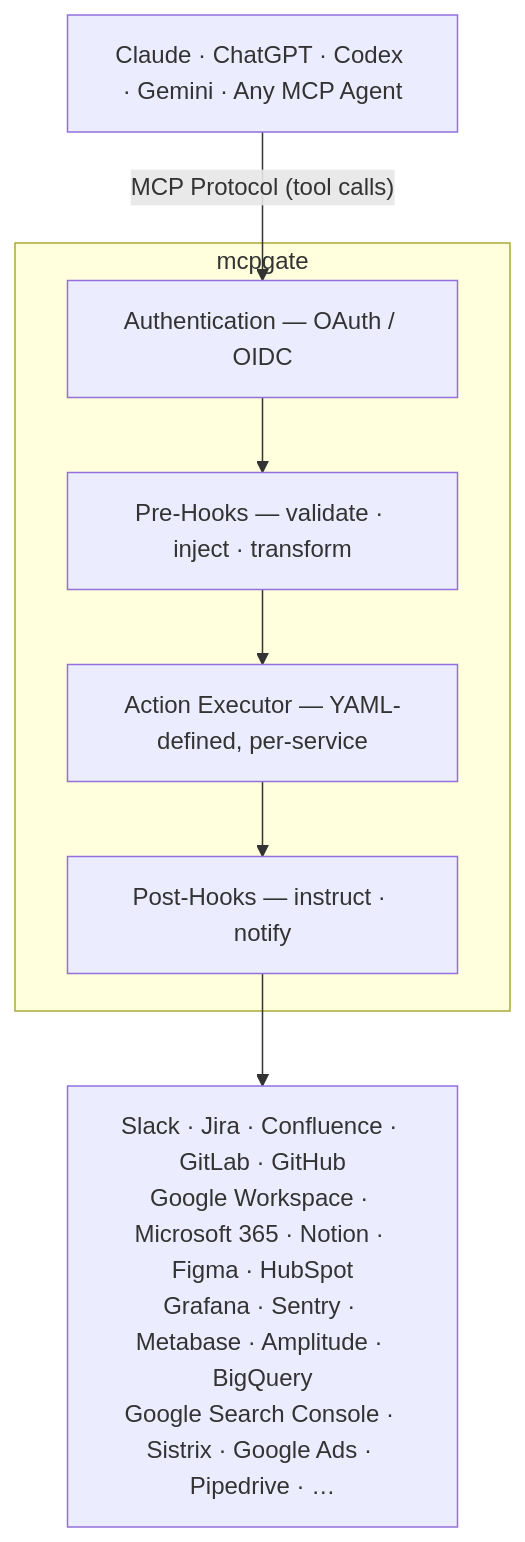
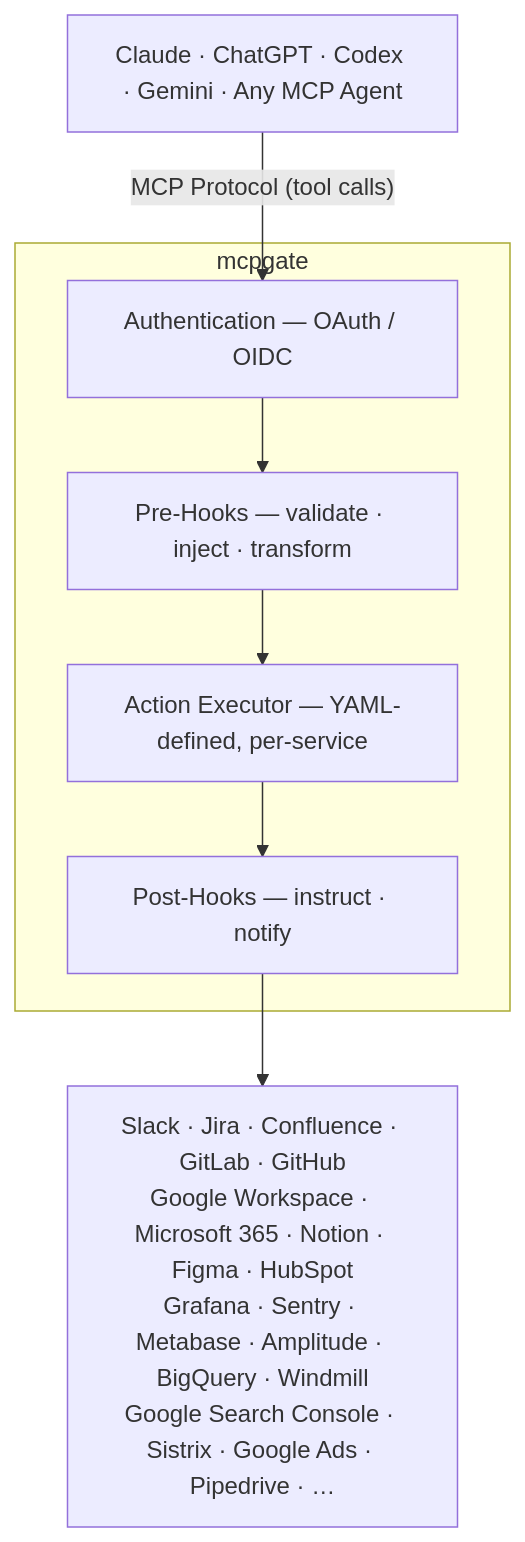
The diagram in README.md (Mcpgate-de/mcpgate), drawn with Mermaid before and after one commit. The commit also changed other lines of this file, not shown here.

First line of the commit message:
docs: add Windmill to README (36 → 37)

````diff
--- a/README.md
+++ b/README.md
@@ -74,19 +74,19 @@
 ```mermaid
 flowchart TB
     AI["Claude · ChatGPT · Codex · Gemini · Any MCP Agent"]
     
     AI -- "MCP Protocol (tool calls)" --> Auth
 
     subgraph GW["mcpgate"]
         Auth["Authentication — OAuth / OIDC"]
         Pre["Pre-Hooks — validate · inject · transform"]
         Exec["Action Executor — YAML-defined, per-service"]
         Post["Post-Hooks — instruct · notify"]
 
         Auth --> Pre --> Exec --> Post
     end
 
     Post --> Services
 
-    Services["Slack · Jira · Confluence · GitLab · GitHub\nGoogle Workspace · Microsoft 365 · Notion · Figma · HubSpot\nGrafana · Sentry · Metabase · Amplitude · BigQuery\nGoogle Search Console · Sistrix · Google Ads · Pipedrive · …"]
+    Services["Slack · Jira · Confluence · GitLab · GitHub\nGoogle Workspace · Microsoft 365 · Notion · Figma · HubSpot\nGrafana · Sentry · Metabase · Amplitude · BigQuery · Windmill\nGoogle Search Console · Sistrix · Google Ads · Pipedrive · …"]
 ```
````
